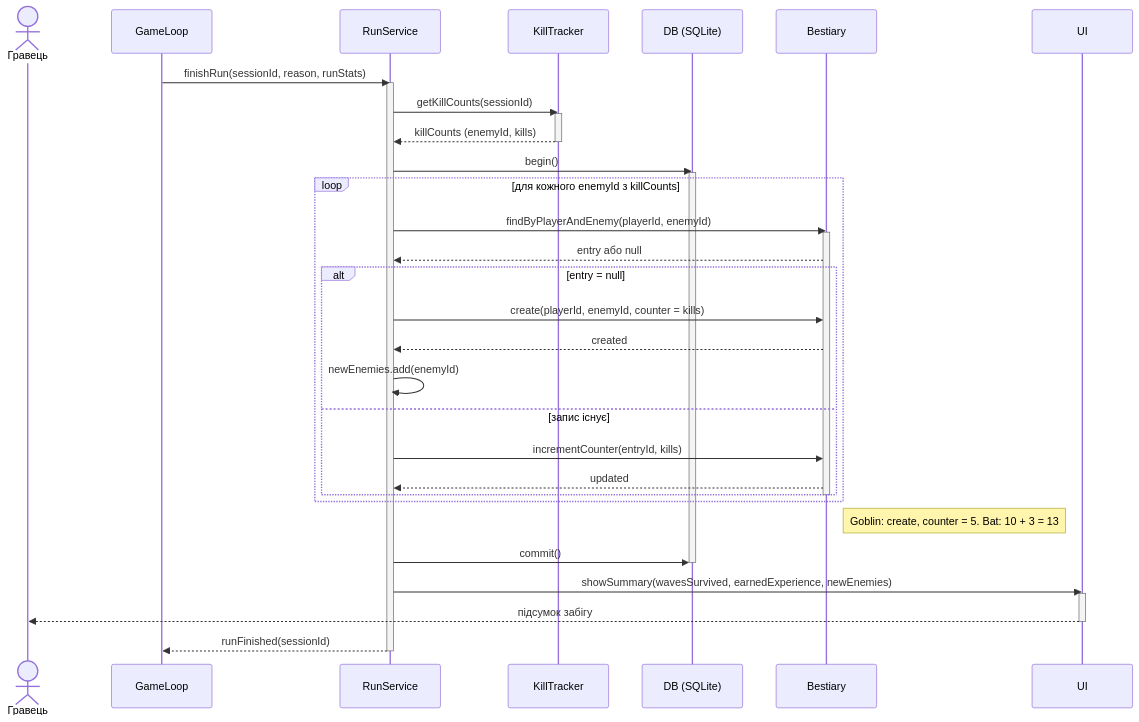
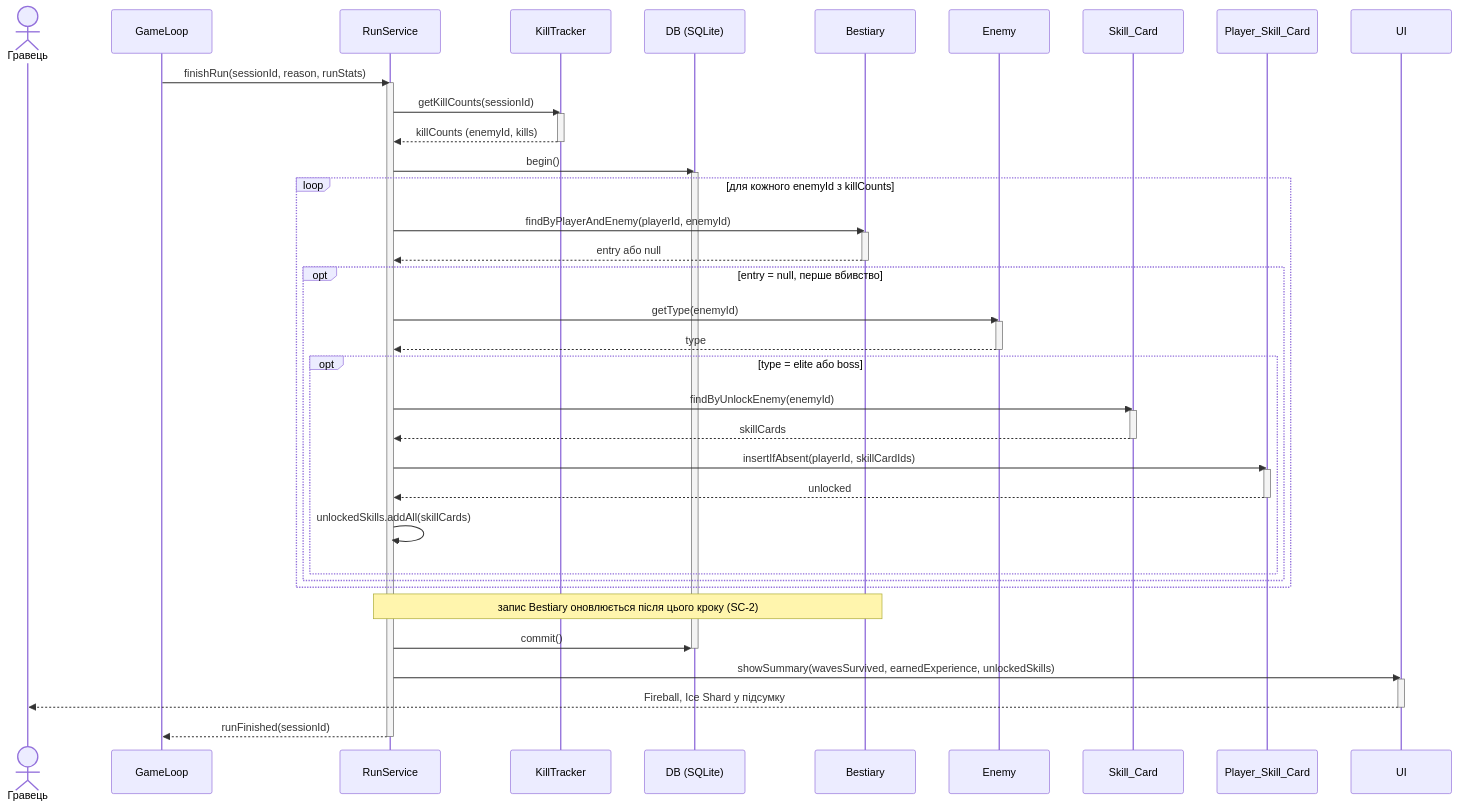
The diagram in Lab3/SC/SC-3 unlock.md (Sk1y-1/KPI-2), drawn with Mermaid before and after one commit.

Commit message:
Enhance sequence diagram with enemy type and skill cards
Updated the sequence diagram to include enemy type checks and skill card unlocking logic.

````diff
--- a/Lab3/SC/SC-3 unlock.md
+++ b/Lab3/SC/SC-3 unlock.md
@@ -1,41 +1,53 @@
 ```mermaid
 sequenceDiagram
     actor P as Гравець
     participant GL as GameLoop
     participant RS as RunService
     participant KT as KillTracker
     participant DB as DB (SQLite)
     participant B as Bestiary
+    participant E as Enemy
+    participant SC as Skill_Card
+    participant PSC as Player_Skill_Card
     participant UI as UI
     GL->>RS: finishRun(sessionId, reason, runStats)
     activate RS
     RS->>KT: getKillCounts(sessionId)
     activate KT
     KT-->>RS: killCounts (enemyId, kills)
     deactivate KT
     RS->>DB: begin()
     activate DB
     loop для кожного enemyId з killCounts
         RS->>B: findByPlayerAndEnemy(playerId, enemyId)
         activate B
         B-->>RS: entry або null
-        alt entry = null
-            RS->>B: create(playerId, enemyId, counter = kills)
-            B-->>RS: created
-            RS->>RS: newEnemies.add(enemyId)
-        else запис існує
-            RS->>B: incrementCounter(entryId, kills)
-            B-->>RS: updated
+        deactivate B
+        opt entry = null, перше вбивство
+            RS->>E: getType(enemyId)
+            activate E
+            E-->>RS: type
+            deactivate E
+            opt type = elite або boss
+                RS->>SC: findByUnlockEnemy(enemyId)
+                activate SC
+                SC-->>RS: skillCards
+                deactivate SC
+                RS->>PSC: insertIfAbsent(playerId, skillCardIds)
+                activate PSC
+                PSC-->>RS: unlocked
+                deactivate PSC
+                RS->>RS: unlockedSkills.addAll(skillCards)
+            end
         end
-        deactivate B
     end
-    Note right of B: Goblin: create, counter = 5. Bat: 10 + 3 = 13
+    Note over RS,B: запис Bestiary оновлюється після цього кроку (SC-2)
     RS->>DB: commit()
     deactivate DB
-    RS->>UI: showSummary(wavesSurvived, earnedExperience, newEnemies)
+    RS->>UI: showSummary(wavesSurvived, earnedExperience, unlockedSkills)
     activate UI
-    UI-->>P: підсумок забігу
+    UI-->>P: Fireball, Ice Shard у підсумку
     deactivate UI
     RS-->>GL: runFinished(sessionId)
     deactivate RS
 ```
````
